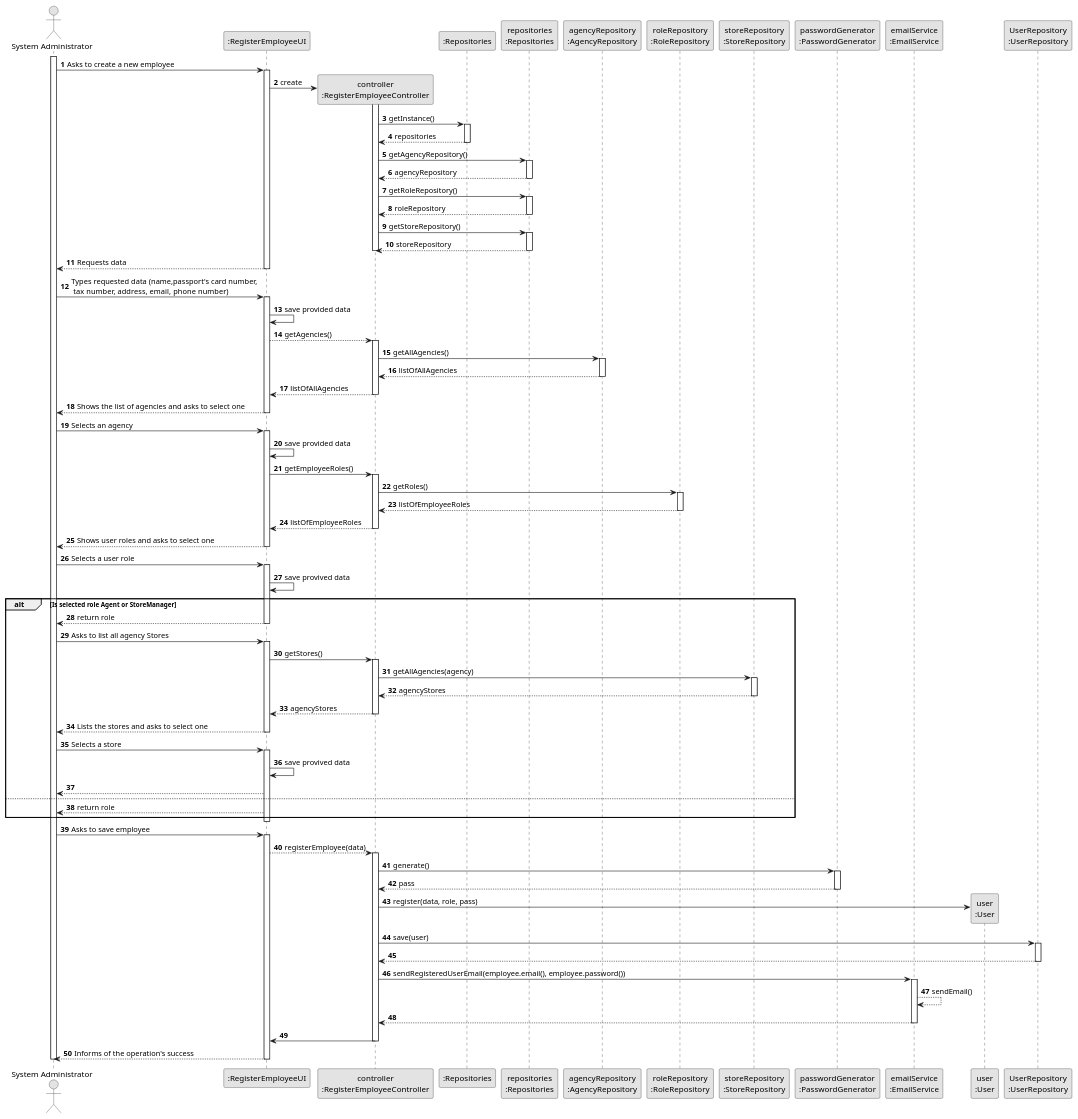
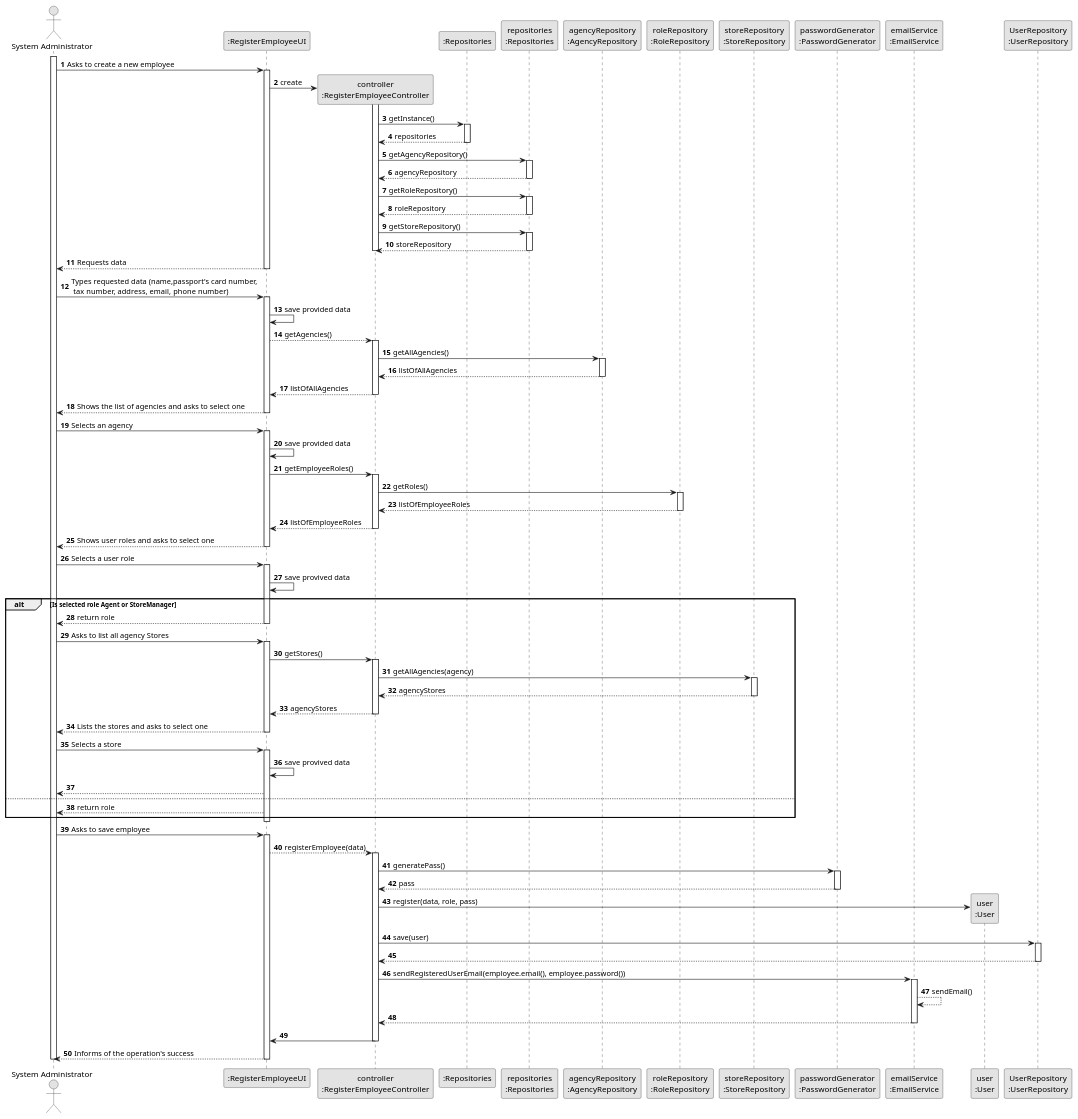
Before and after one commit to 1220812/LAPR2: the diagram in docs/sprintB/us003/03.design/puml/us003-sequence-diagram-full.puml, drawn with PlantUML.

Commit message:
US003 system sequence diagram updated

```diff
--- a/docs/sprintB/us003/03.design/puml/us003-sequence-diagram-full.puml
+++ b/docs/sprintB/us003/03.design/puml/us003-sequence-diagram-full.puml
@@ -1,199 +1,199 @@
 @startuml
 skinparam monochrome true
 skinparam packageStyle rectangle
 skinparam shadowing false
 
 autonumber
 
 'hide footbox
 actor "System Administrator" as ADM
 participant ":RegisterEmployeeUI" as UI
 participant "controller\n:RegisterEmployeeController" as CTRL
 participant ":Repositories" as RepositorySingleton
 participant "repositories\n:Repositories" as PLAT
 participant "agencyRepository\n:AgencyRepository" as AREPO
 participant "roleRepository\n:RoleRepository" as RREPO
 participant "storeRepository\n:StoreRepository" as SREPO
 participant "passwordGenerator\n:PasswordGenerator" as PASSGEN
 participant "emailService\n:EmailService" as EMSERV
 participant "user\n:User" as EMPLOYEE
 participant "UserRepository\n:UserRepository" as EMREPO
 activate ADM
 
         ADM -> UI : Asks to create a new employee
 
         activate UI
 
 '            UI --> ADM : requests data (reference, description,  informal \n description, technical description, duration, cost)
             'create CTRL
             UI -> CTRL** : create
             activate CTRL
 
                 CTRL -> RepositorySingleton : getInstance()
                         activate RepositorySingleton
 
                             RepositorySingleton --> CTRL: repositories
 
                         deactivate RepositorySingleton
                         CTRL -> PLAT : getAgencyRepository()
                         activate PLAT
 
                             PLAT --> CTRL : agencyRepository
 
                         deactivate PLAT
                         CTRL -> PLAT : getRoleRepository()
                         activate PLAT
 
                             PLAT --> CTRL : roleRepository
 
                         deactivate PLAT
                         CTRL -> PLAT : getStoreRepository()
                         activate PLAT
 
                             PLAT --> CTRL : storeRepository
 
                         deactivate PLAT
             deactivate CTRL
 
             UI --> ADM : Requests data
        deactivate UI
 
        ADM -> UI : Types requested data (name,passport's card number,\n tax number, address,  email, phone number)
 
        activate UI
             UI -> UI : save provided data
             UI --> CTRL : getAgencies()
             activate CTRL
 
                 CTRL -> AREPO : getAllAgencies()
 
                 activate AREPO
 
                     AREPO --> CTRL : listOfAllAgencies
 
                 deactivate AREPO
 
                 CTRL --> UI : listOfAllAgencies
 
             deactivate CTRL
             UI --> ADM : Shows the list of agencies and asks to select one
 
        deactivate UI
 
        ADM -> UI : Selects an agency
 
        activate UI
 
             UI -> UI : save provided data
             UI -> CTRL : getEmployeeRoles()
 
             activate CTRL
 
                 CTRL -> RREPO : getRoles()
 
                 activate RREPO
 
                     RREPO --> CTRL : listOfEmployeeRoles
 
                 deactivate RREPO
 
                 CTRL --> UI : listOfEmployeeRoles
 
             deactivate CTRL
 
             UI --> ADM : Shows user roles and asks to select one
 
        deactivate UI
 
        ADM -> UI : Selects a user role
 
        activate UI
 
             UI -> UI : save provived data
 
 
        alt Is selected role Agent or StoreManager
             UI --> ADM : return role
             deactivate UI
 
        ADM -> UI : Asks to list all agency Stores
 
         activate UI
 
             UI -> CTRL : getStores()
 
                 activate CTRL
 
                     CTRL -> SREPO : getAllAgencies(agency)
 
                     activate SREPO
 
                         SREPO --> CTRL : agencyStores
 
                     deactivate SREPO
 
                     CTRL --> UI : agencyStores
 
                 deactivate CTRL
 
                 UI --> ADM : Lists the stores and asks to select one
 
                 deactivate UI
 
             ADM -> UI : Selects a store
 
             activate UI
 
                 UI -> UI : save provived data
                 UI --> ADM :
        else
             UI --> ADM : return role
        end
 
        deactivate UI
 
     ADM -> UI : Asks to save employee
 
         activate UI
 
             UI --> CTRL : registerEmployee(data)
 
             activate CTRL
 
-                CTRL -> PASSGEN : generate()
+                CTRL -> PASSGEN : generatePass()
 
                 activate PASSGEN
 
                 PASSGEN --> CTRL : pass
 
                 deactivate PASSGEN
 
                 CTRL -> EMPLOYEE** : register(data, role, pass)
 
                 CTRL -> EMREPO : save(user)
 
                 activate EMREPO
 
                     EMREPO --> CTRL
 
                 deactivate EMREPO
 
                 CTRL -> EMSERV : sendRegisteredUserEmail(employee.email(), employee.password())
 
                 activate EMSERV
 
                     EMSERV --> EMSERV : sendEmail()
                     EMSERV --> CTRL
 
 
                 deactivate EMSERV
 
                 CTRL -> UI
 
             deactivate CTRL
 
             UI --> ADM : Informs of the operation's success
 
     deactivate UI
 deactivate ADM
 @enduml
```
